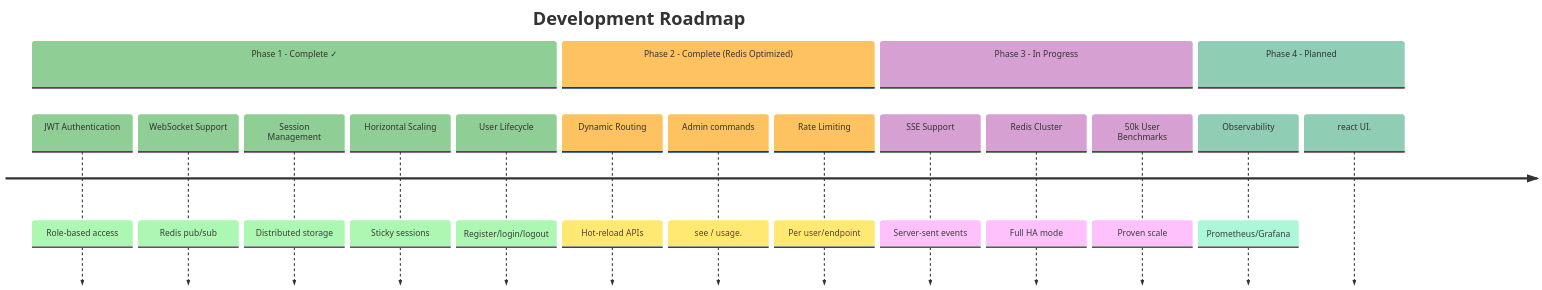
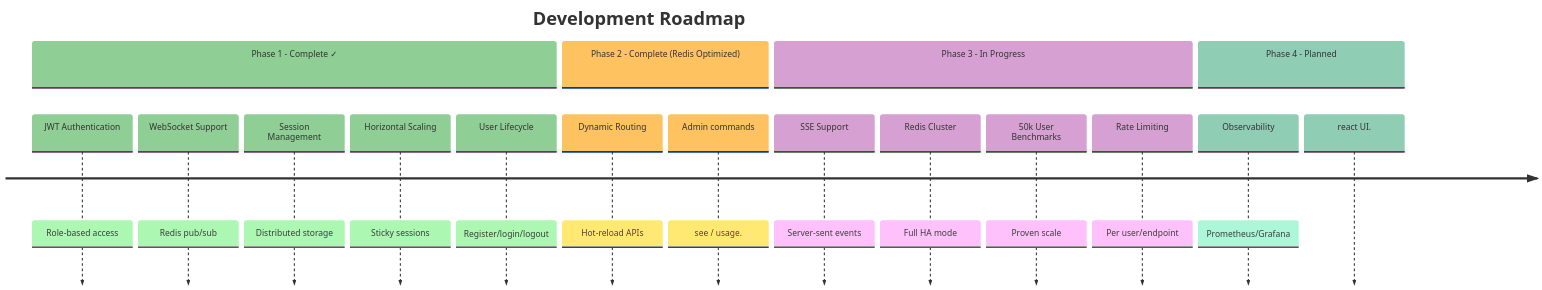
One commit to gangai-labs/gangAI-labs-gateway changed the fifth of 5 diagrams in README.md. Above: the diagram before and after it, drawn with Mermaid.

````diff
--- a/README.md
+++ b/README.md
@@ -547,27 +547,28 @@
 ```mermaid
 %%{init: {'theme':'base', 'themeVariables': {'primaryColor':'#e8f5e9','secondaryColor':'#fff3e0'}}}%%
 timeline
     title Development Roadmap
     section Phase 1 - Complete ✓
         JWT Authentication : Role-based access
         WebSocket Support : Redis pub/sub
         Session Management : Distributed storage
         Horizontal Scaling : Sticky sessions
         User Lifecycle : Register/login/logout
 
     section Phase 2 - Complete (Redis Optimized)
         Dynamic Routing : Hot-reload APIs
         Admin commands : see / usage.
-        Rate Limiting : Per user/endpoint
+
     section Phase 3 - In Progress
         SSE Support : Server-sent events
         Redis Cluster : Full HA mode
         50k User Benchmarks : Proven scale
+        Rate Limiting : Per user/endpoint
        
     section Phase 4 - Planned
         Observability : Prometheus/Grafana
         react UI.
         
         
        
 ```
````
